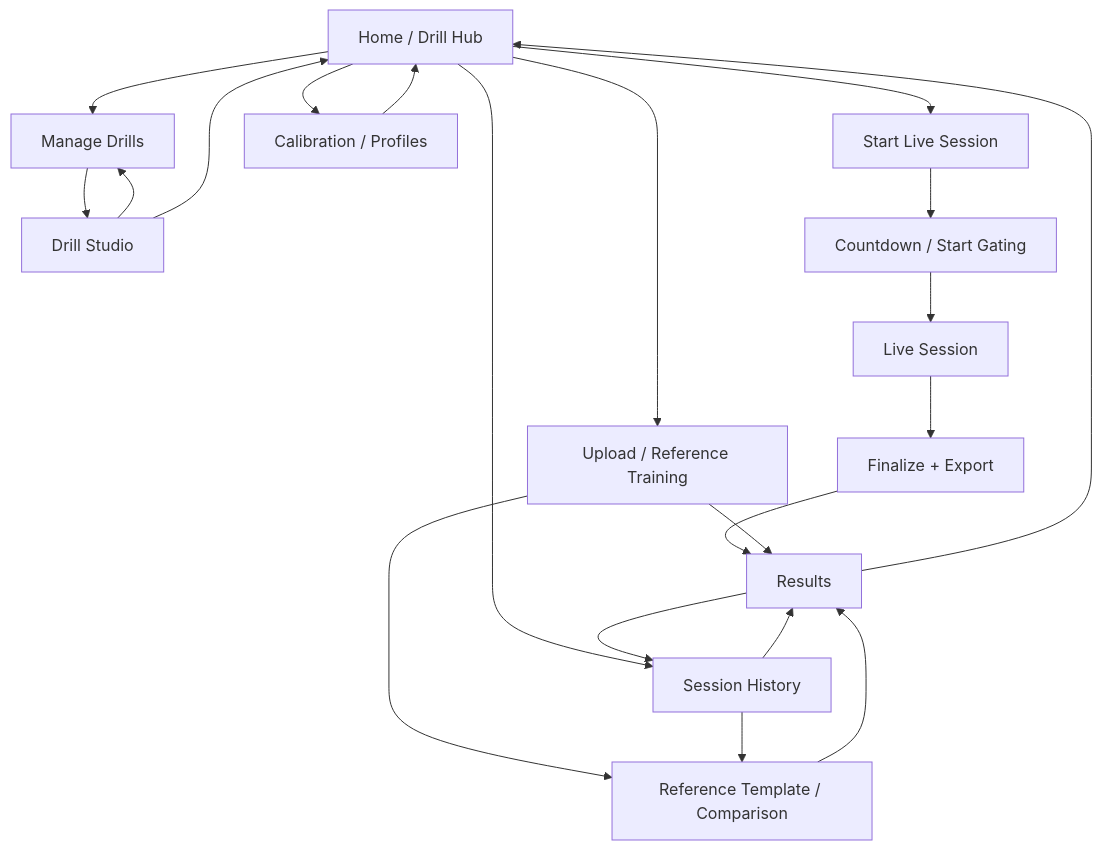
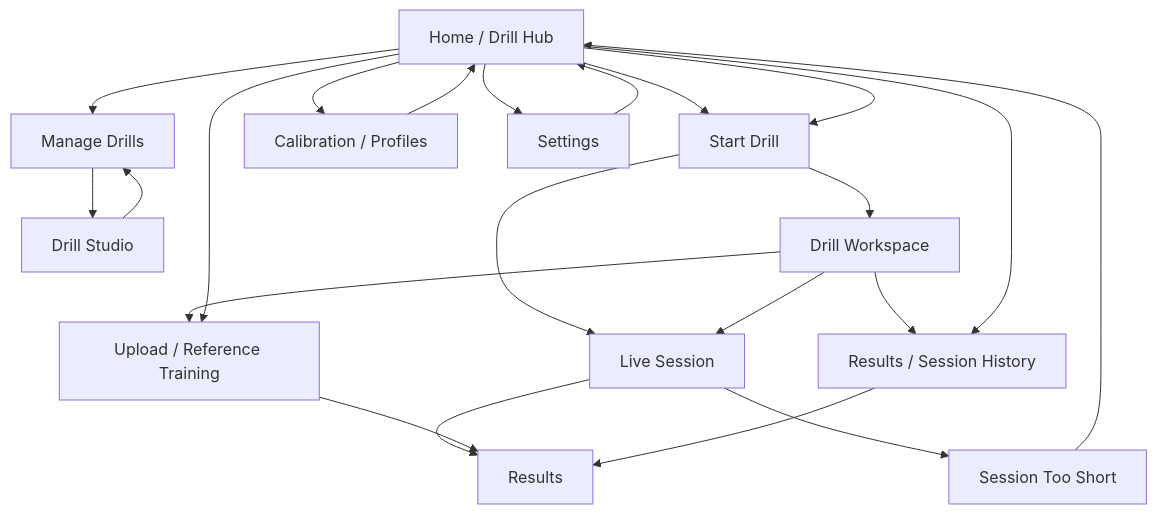
Before and after one commit to Voycepeh/CaliVision: the diagram in docs/diagrams/ui-flow.md, drawn with Mermaid. The commit also changed other lines of this file and 16 other files, not shown here.

````diff
--- a/docs/diagrams/ui-flow.md
+++ b/docs/diagrams/ui-flow.md
@@ -3,41 +3,34 @@
 ```mermaid
 flowchart TD
     HOME[Home / Drill Hub]
+    START[Start Drill]
+    LIVE[Live Session]
+    SHORT[Session Too Short]
+    RESULTS[Results]
+    HISTORY[Results / Session History]
+
     MANAGE[Manage Drills]
     STUDIO[Drill Studio]
-    START[Start Live Session]
-    COUNTDOWN[Countdown / Start Gating]
-    LIVE[Live Session]
-    FINALIZE[Finalize + Export]
-    RESULTS[Results]
-    HISTORY[Session History]
+    WORKSPACE[Drill Workspace]
+
     UPLOAD[Upload / Reference Training]
-    REF[Reference Template / Comparison]
     CAL[Calibration / Profiles]
+    SETTINGS[Settings]
 
-    HOME --> START
-    HOME --> MANAGE
-    HOME --> UPLOAD
+    HOME --> START --> LIVE
+    LIVE --> RESULTS
+    LIVE --> SHORT --> HOME
+
+    HOME --> MANAGE --> STUDIO --> MANAGE
+    HOME --> START --> WORKSPACE
+    WORKSPACE --> LIVE
+    WORKSPACE --> UPLOAD
+    WORKSPACE --> HISTORY
+
+    HOME --> UPLOAD --> RESULTS
     HOME --> HISTORY
-    HOME --> CAL
+    HISTORY --> RESULTS
 
-    MANAGE --> STUDIO
-    STUDIO --> MANAGE
-    STUDIO --> HOME
-
-    START --> COUNTDOWN
-    COUNTDOWN --> LIVE
-    LIVE --> FINALIZE
-    FINALIZE --> RESULTS
-    RESULTS --> HISTORY
-    RESULTS --> HOME
-
-    UPLOAD --> RESULTS
-    UPLOAD --> REF
-    REF --> RESULTS
-
-    HISTORY --> RESULTS
-    HISTORY --> REF
-
-    CAL --> HOME
+    HOME --> CAL --> HOME
+    HOME --> SETTINGS --> HOME
 ```
````
